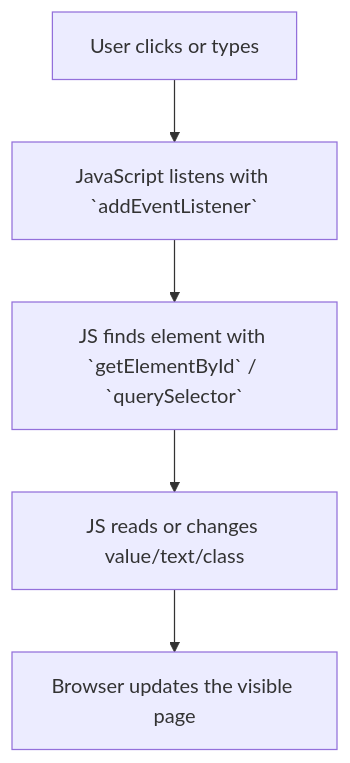
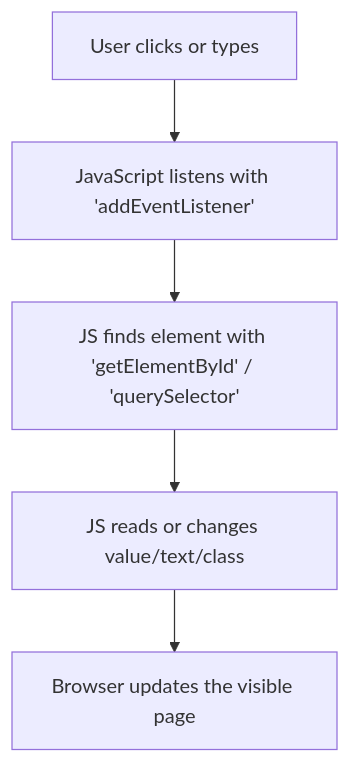
Before and after one commit to zxcvryo/Oops-Later-Codebase: the fifth of 43 diagrams in README.md, drawn with Mermaid. The commit also changed other lines of this file, not shown here.

````diff
--- a/README.md
+++ b/README.md
@@ -1694,7 +1694,7 @@
 ```mermaid
 flowchart TD
-    A["User clicks or types"] --> B["JavaScript listens with `addEventListener`"]
-    B --> C["JS finds element with `getElementById` / `querySelector`"]
+    A["User clicks or types"] --> B["JavaScript listens with 'addEventListener'"]
+    B --> C["JS finds element with 'getElementById' / 'querySelector'"]
     C --> D["JS reads or changes value/text/class"]
     D --> E["Browser updates the visible page"]
 ```
````
